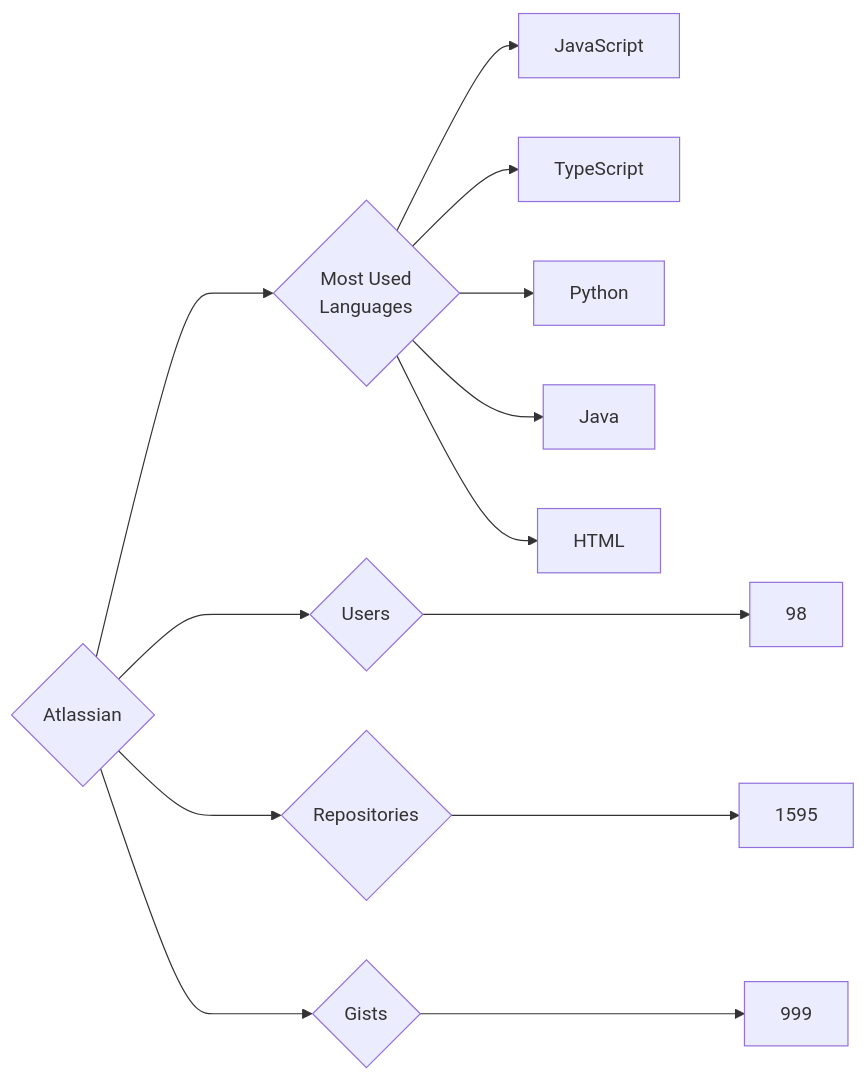
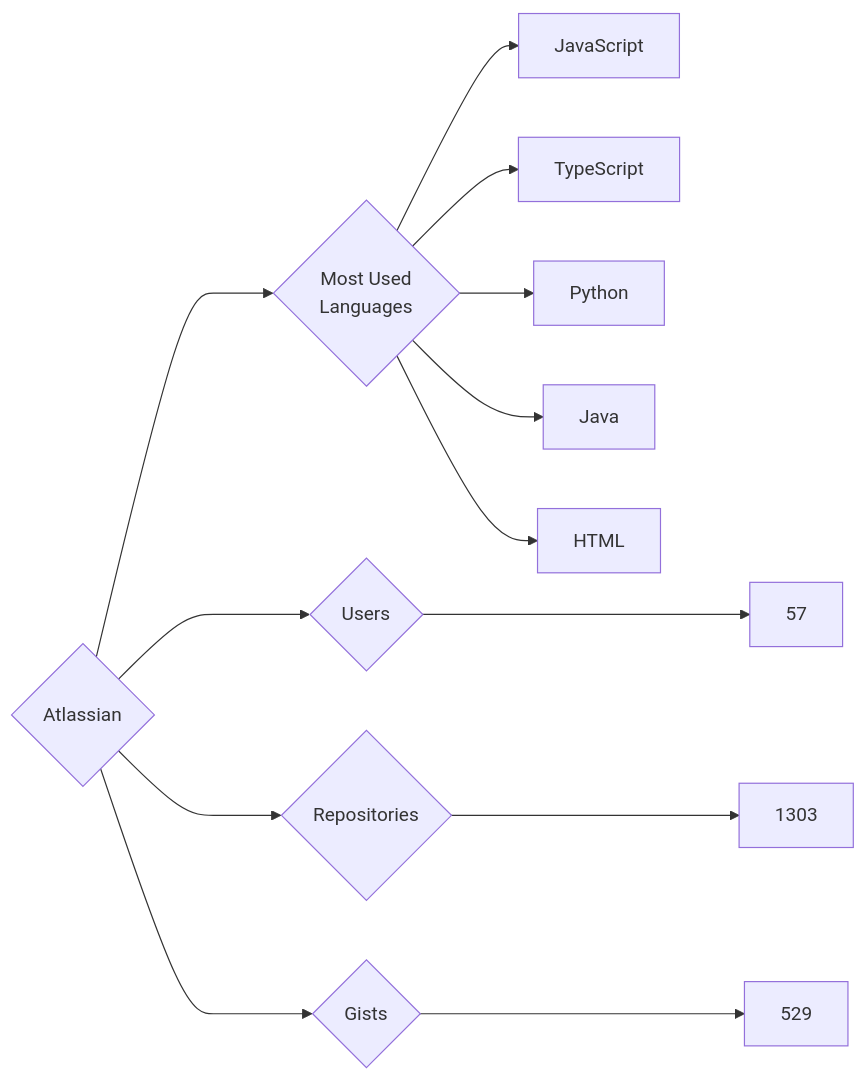
One commit to trickest/insiders changed the diagram in targets/Atlassian/README.md. Above: the diagram before and after it, drawn with Mermaid. The commit also changed 823 other files, not shown here.

````diff
--- a/targets/Atlassian/README.md
+++ b/targets/Atlassian/README.md
@@ -3,13 +3,13 @@
 ```mermaid
 graph LR
 COMPANY_NAME{Atlassian}
-COMPANY_NAME ---> U{Users} ---> UN[98]
-COMPANY_NAME ---> R{Repositories} ---> RN[1595]
-COMPANY_NAME ---> G{Gists} ---> GN[999]
+COMPANY_NAME ---> U{Users} ---> UN[57]
+COMPANY_NAME ---> R{Repositories} ---> RN[1303]
+COMPANY_NAME ---> G{Gists} ---> GN[529]
 COMPANY_NAME ---> ML{Most Used<br>Languages}
 ML --> JavaScript[JavaScript]
 ML --> TypeScript[TypeScript]
 ML --> Python[Python]
 ML --> Java[Java]
 ML --> HTML[HTML]
 ```
````
